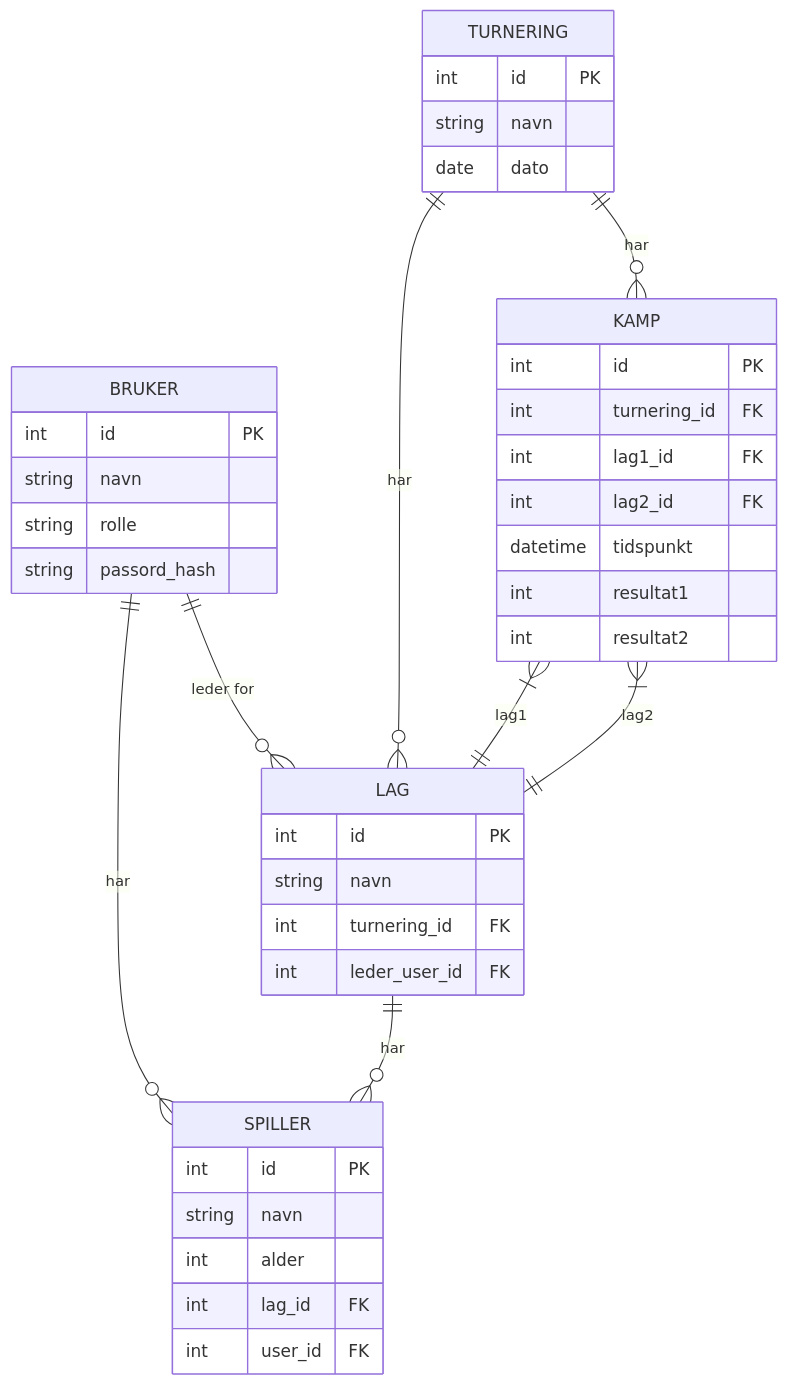
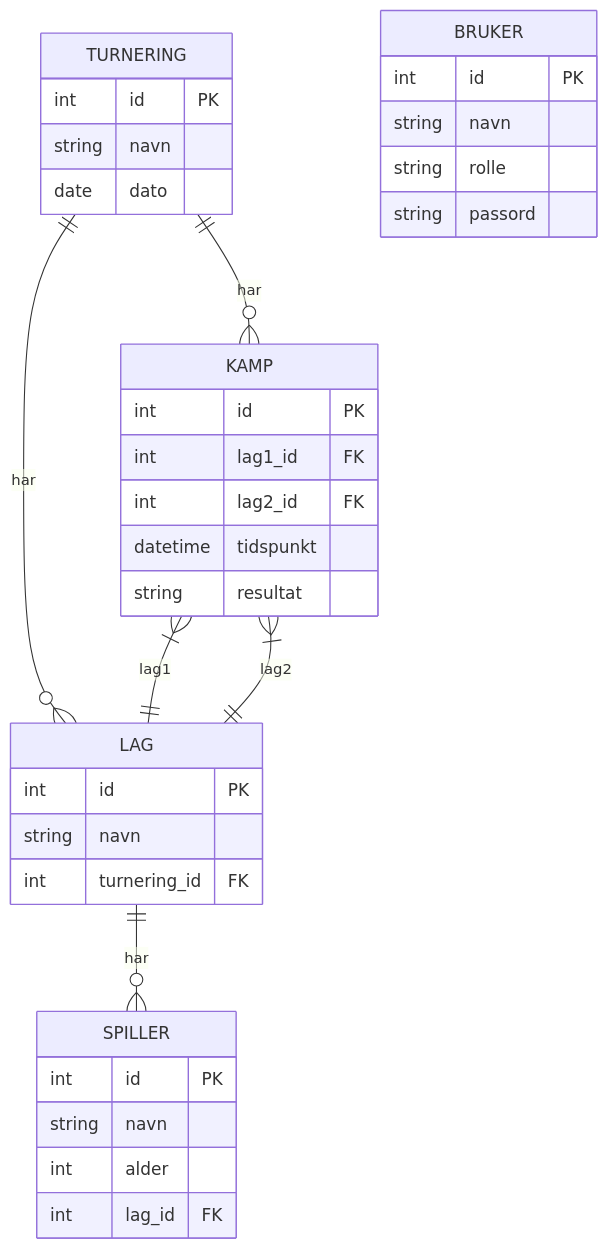
The first of 3 diagrams in README.md (IdemuMD/idrett_kart), drawn with Mermaid before and after one commit. The commit also changed other lines of this file and 33 other files, not shown here.

````diff
--- a/README.md
+++ b/README.md
@@ -20,44 +20,38 @@
 ```mermaid
 erDiagram
-    BRUKER ||--o{ LAG : "leder for"
-    BRUKER ||--o{ SPILLER : "har"
     TURNERING ||--o{ LAG : "har"
     LAG ||--o{ SPILLER : "har"
     TURNERING ||--o{ KAMP : "har"
     KAMP }|--|| LAG : "lag1"
     KAMP }|--|| LAG : "lag2"
 
-    BRUKER {
-        int id PK
-        string navn
-        string rolle
-        string passord_hash
-    }
     TURNERING {
         int id PK
         string navn
         date dato
     }
     LAG {
         int id PK
         string navn
         int turnering_id FK
-        int leder_user_id FK
     }
     SPILLER {
         int id PK
         string navn
         int alder
         int lag_id FK
-        int user_id FK
     }
     KAMP {
         int id PK
-        int turnering_id FK
         int lag1_id FK
         int lag2_id FK
         datetime tidspunkt
-        int resultat1
-        int resultat2
+        string resultat
+    }
+    BRUKER {
+        int id PK
+        string navn
+        string rolle
+        string passord
     }
 ```
````
